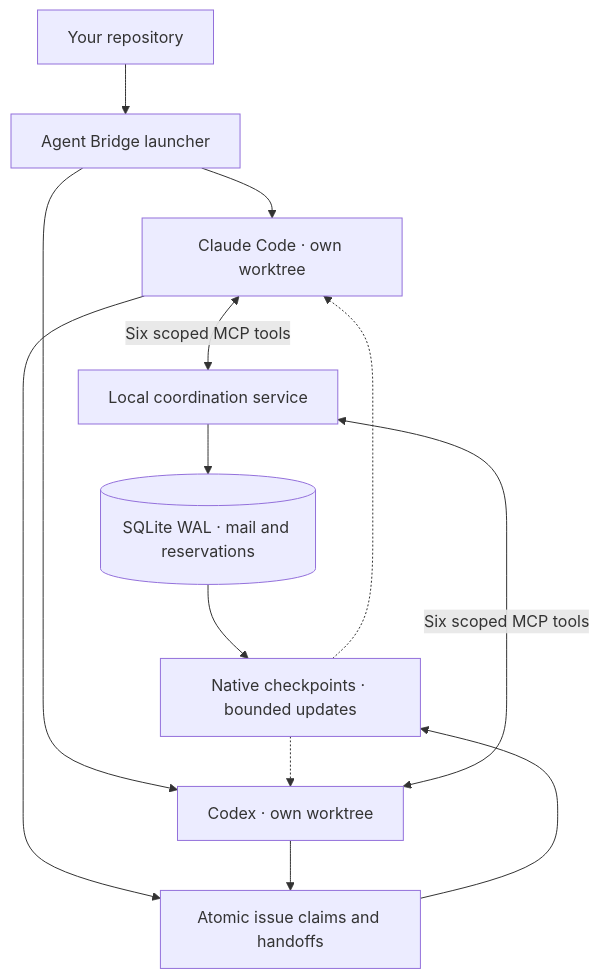
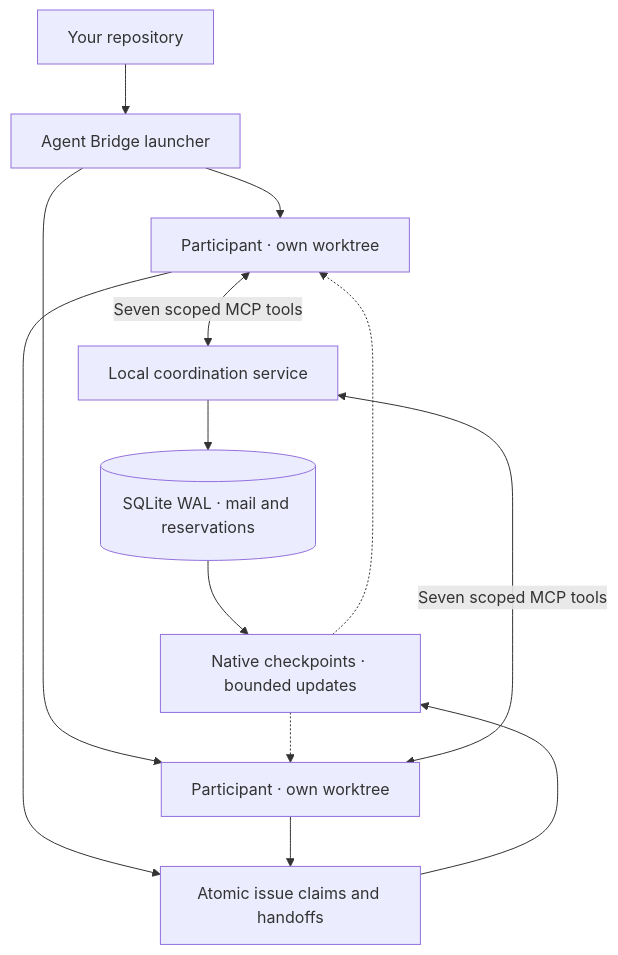
The diagram in README.md (suneel944/agent-parley), drawn with Mermaid before and after one commit. The commit also changed other lines of this file and 30 other files, not shown here.

````diff
--- a/README.md
+++ b/README.md
@@ -42,15 +209,15 @@
 ```mermaid
 flowchart TD
     Repo[Your repository] --> Bridge[Agent Bridge launcher]
-    Bridge --> Claude[Claude Code · own worktree]
-    Bridge --> Codex[Codex · own worktree]
-    Claude <-->|Six scoped MCP tools| Server[Local coordination service]
-    Codex <-->|Six scoped MCP tools| Server
+    Bridge --> Claude[Participant · own worktree]
+    Bridge --> Codex[Participant · own worktree]
+    Claude <-->|Seven scoped MCP tools| Server[Local coordination service]
+    Codex <-->|Seven scoped MCP tools| Server
     Server --> DB[(SQLite WAL · mail and reservations)]
     Claude --> Claims[Atomic issue claims and handoffs]
     Codex --> Claims
     DB --> Hooks[Native checkpoints · bounded updates]
     Claims --> Hooks
     Hooks -.-> Claude
     Hooks -.-> Codex
 ```
````
